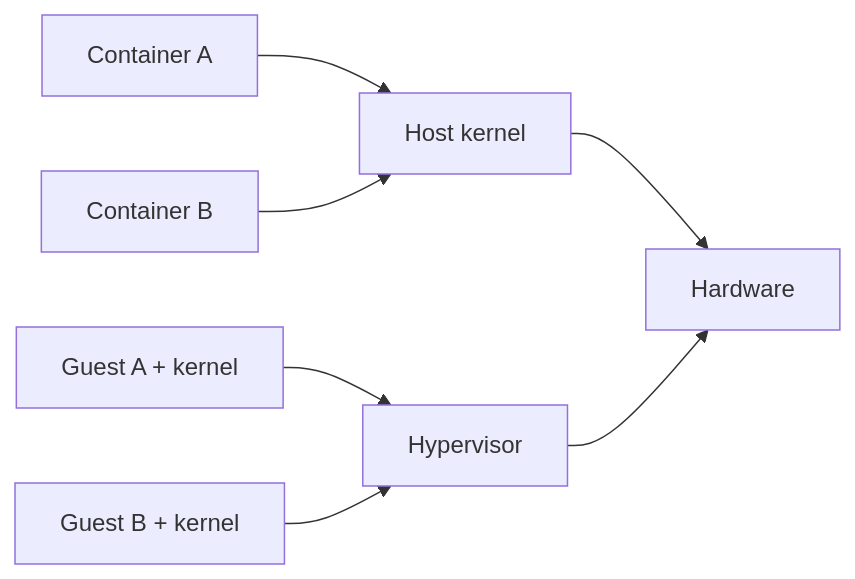
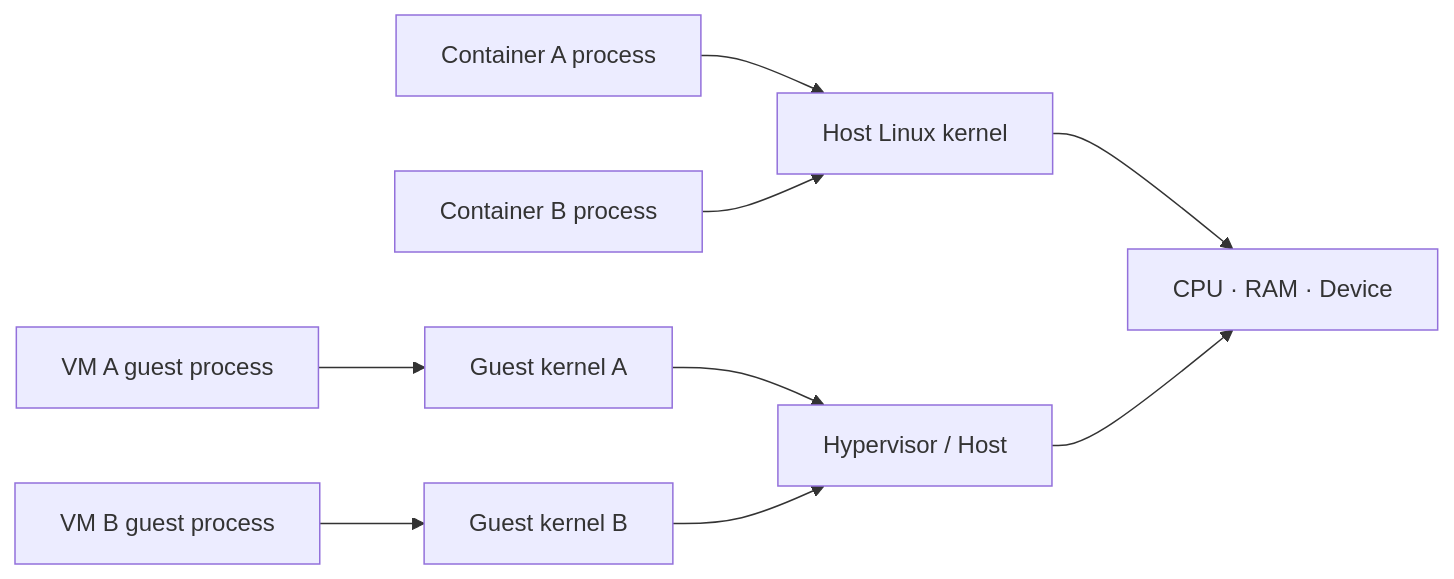
One commit to mj006648/netai-devsecops-runbook changed the second of 2 diagrams in learning/operating-systems/10-protection-and-virtualization.md. Above: the diagram before and after it, drawn with Mermaid. The commit also changed other lines of this file and 165 other files, not shown here.

````diff
--- a/learning/operating-systems/10-protection-and-virtualization.md
+++ b/learning/operating-systems/10-protection-and-virtualization.md
@@ -75,9 +203,11 @@
 ```mermaid
 flowchart LR
-    C1[Container A] --> HK[Host kernel]
-    C2[Container B] --> HK
-    VM1[Guest A + kernel] --> H[Hypervisor]
-    VM2[Guest B + kernel] --> H
-    HK --> HW[Hardware]
-    H --> HW
+    C1[Container A process] --> HK[Host Linux kernel]
+    C2[Container B process] --> HK
+    G1[VM A guest process] --> GK1[Guest kernel A]
+    G2[VM B guest process] --> GK2[Guest kernel B]
+    GK1 --> HV[Hypervisor / Host]
+    GK2 --> HV
+    HK --> HW[CPU · RAM · Device]
+    HV --> HW
 ```
````
